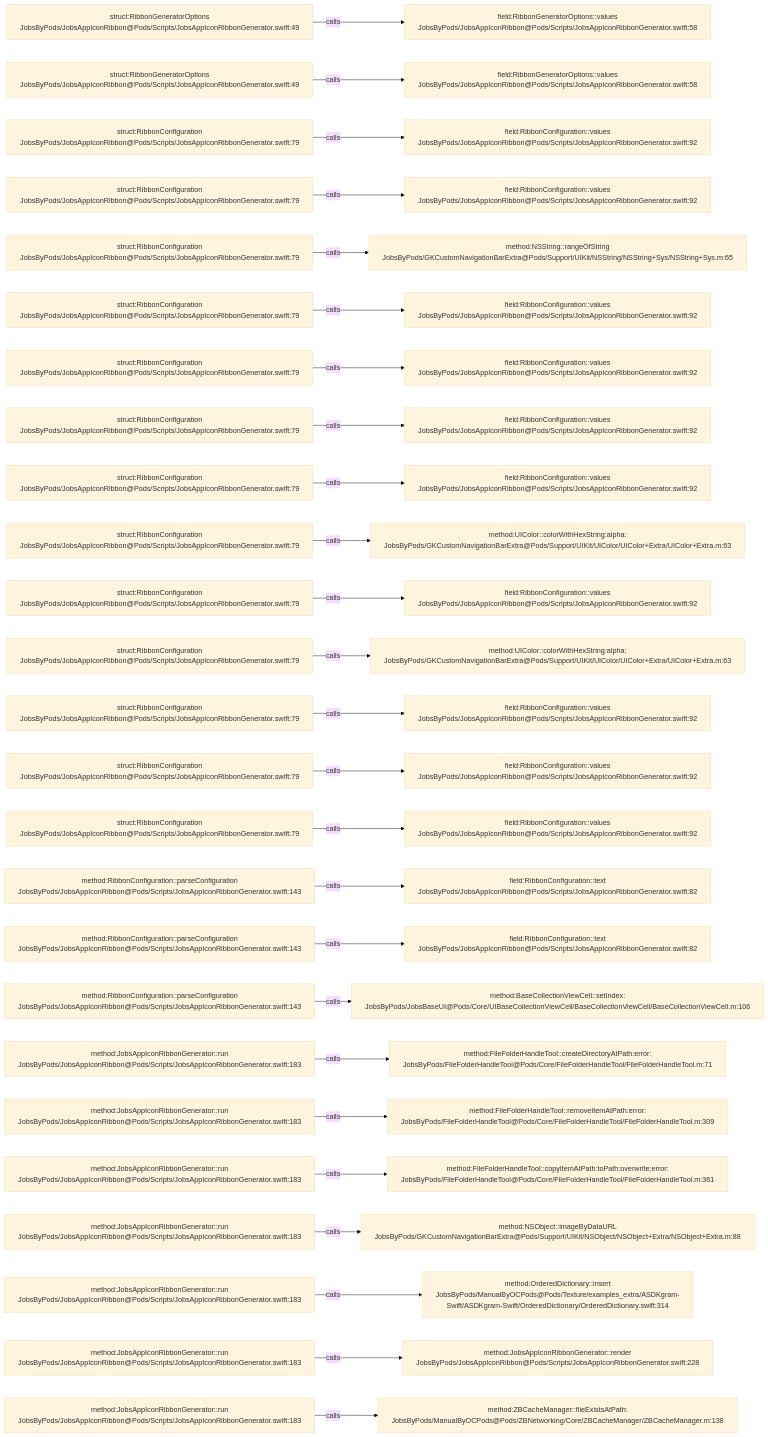
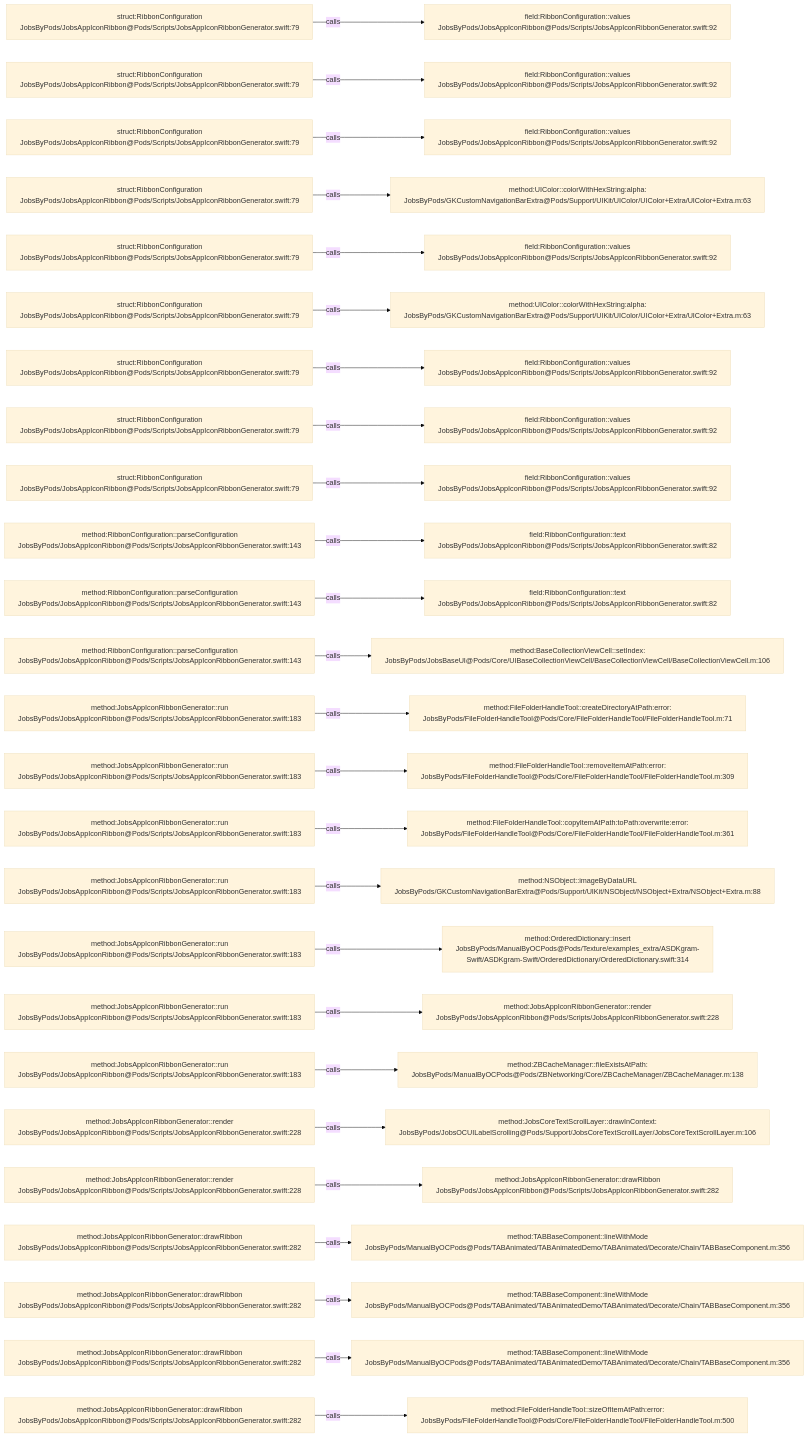
Before and after one commit to JobsKits/JobsOCBaseConfigDemo: the diagram in .codegraph/codegraph.md/graphs/calls-194.md, drawn with Mermaid (base theme). The commit also changed 116 other files, not shown here.

````diff
--- a/.codegraph/codegraph.md/graphs/calls-194.md
+++ b/.codegraph/codegraph.md/graphs/calls-194.md
@@ -13,78 +13,78 @@
 ```mermaid
 flowchart LR
-  S1["struct:RibbonGeneratorOptions<br/>JobsByPods/JobsAppIconRibbon@Pods/Scripts/JobsAppIconRibbonGenerator.swift:49"]
-  T1["field:RibbonGeneratorOptions::values<br/>JobsByPods/JobsAppIconRibbon@Pods/Scripts/JobsAppIconRibbonGenerator.swift:58"]
+  S1["struct:RibbonConfiguration<br/>JobsByPods/JobsAppIconRibbon@Pods/Scripts/JobsAppIconRibbonGenerator.swift:79"]
+  T1["field:RibbonConfiguration::values<br/>JobsByPods/JobsAppIconRibbon@Pods/Scripts/JobsAppIconRibbonGenerator.swift:92"]
   S1 -->|calls| T1
-  S2["struct:RibbonGeneratorOptions<br/>JobsByPods/JobsAppIconRibbon@Pods/Scripts/JobsAppIconRibbonGenerator.swift:49"]
-  T2["field:RibbonGeneratorOptions::values<br/>JobsByPods/JobsAppIconRibbon@Pods/Scripts/JobsAppIconRibbonGenerator.swift:58"]
+  S2["struct:RibbonConfiguration<br/>JobsByPods/JobsAppIconRibbon@Pods/Scripts/JobsAppIconRibbonGenerator.swift:79"]
+  T2["field:RibbonConfiguration::values<br/>JobsByPods/JobsAppIconRibbon@Pods/Scripts/JobsAppIconRibbonGenerator.swift:92"]
   S2 -->|calls| T2
   S3["struct:RibbonConfiguration<br/>JobsByPods/JobsAppIconRibbon@Pods/Scripts/JobsAppIconRibbonGenerator.swift:79"]
   T3["field:RibbonConfiguration::values<br/>JobsByPods/JobsAppIconRibbon@Pods/Scripts/JobsAppIconRibbonGenerator.swift:92"]
   S3 -->|calls| T3
   S4["struct:RibbonConfiguration<br/>JobsByPods/JobsAppIconRibbon@Pods/Scripts/JobsAppIconRibbonGenerator.swift:79"]
-  T4["field:RibbonConfiguration::values<br/>JobsByPods/JobsAppIconRibbon@Pods/Scripts/JobsAppIconRibbonGenerator.swift:92"]
+  T4["method:UIColor::colorWithHexString:alpha:<br/>JobsByPods/GKCustomNavigationBarExtra@Pods/Support/UIKit/UIColor/UIColor+Extra/UIColor+Extra.m:63"]
   S4 -->|calls| T4
   S5["struct:RibbonConfiguration<br/>JobsByPods/JobsAppIconRibbon@Pods/Scripts/JobsAppIconRibbonGenerator.swift:79"]
-  T5["method:NSString::rangeOfString<br/>JobsByPods/GKCustomNavigationBarExtra@Pods/Support/UIKit/NSString/NSString+Sys/NSString+Sys.m:65"]
+  T5["field:RibbonConfiguration::values<br/>JobsByPods/JobsAppIconRibbon@Pods/Scripts/JobsAppIconRibbonGenerator.swift:92"]
   S5 -->|calls| T5
   S6["struct:RibbonConfiguration<br/>JobsByPods/JobsAppIconRibbon@Pods/Scripts/JobsAppIconRibbonGenerator.swift:79"]
-  T6["field:RibbonConfiguration::values<br/>JobsByPods/JobsAppIconRibbon@Pods/Scripts/JobsAppIconRibbonGenerator.swift:92"]
+  T6["method:UIColor::colorWithHexString:alpha:<br/>JobsByPods/GKCustomNavigationBarExtra@Pods/Support/UIKit/UIColor/UIColor+Extra/UIColor+Extra.m:63"]
   S6 -->|calls| T6
   S7["struct:RibbonConfiguration<br/>JobsByPods/JobsAppIconRibbon@Pods/Scripts/JobsAppIconRibbonGenerator.swift:79"]
   T7["field:RibbonConfiguration::values<br/>JobsByPods/JobsAppIconRibbon@Pods/Scripts/JobsAppIconRibbonGenerator.swift:92"]
   S7 -->|calls| T7
   S8["struct:RibbonConfiguration<br/>JobsByPods/JobsAppIconRibbon@Pods/Scripts/JobsAppIconRibbonGenerator.swift:79"]
   T8["field:RibbonConfiguration::values<br/>JobsByPods/JobsAppIconRibbon@Pods/Scripts/JobsAppIconRibbonGenerator.swift:92"]
   S8 -->|calls| T8
   S9["struct:RibbonConfiguration<br/>JobsByPods/JobsAppIconRibbon@Pods/Scripts/JobsAppIconRibbonGenerator.swift:79"]
   T9["field:RibbonConfiguration::values<br/>JobsByPods/JobsAppIconRibbon@Pods/Scripts/JobsAppIconRibbonGenerator.swift:92"]
   S9 -->|calls| T9
-  S10["struct:RibbonConfiguration<br/>JobsByPods/JobsAppIconRibbon@Pods/Scripts/JobsAppIconRibbonGenerator.swift:79"]
-  T10["method:UIColor::colorWithHexString:alpha:<br/>JobsByPods/GKCustomNavigationBarExtra@Pods/Support/UIKit/UIColor/UIColor+Extra/UIColor+Extra.m:63"]
+  S10["method:RibbonConfiguration::parseConfiguration<br/>JobsByPods/JobsAppIconRibbon@Pods/Scripts/JobsAppIconRibbonGenerator.swift:143"]
+  T10["field:RibbonConfiguration::text<br/>JobsByPods/JobsAppIconRibbon@Pods/Scripts/JobsAppIconRibbonGenerator.swift:82"]
   S10 -->|calls| T10
-  S11["struct:RibbonConfiguration<br/>JobsByPods/JobsAppIconRibbon@Pods/Scripts/JobsAppIconRibbonGenerator.swift:79"]
-  T11["field:RibbonConfiguration::values<br/>JobsByPods/JobsAppIconRibbon@Pods/Scripts/JobsAppIconRibbonGenerator.swift:92"]
+  S11["method:RibbonConfiguration::parseConfiguration<br/>JobsByPods/JobsAppIconRibbon@Pods/Scripts/JobsAppIconRibbonGenerator.swift:143"]
+  T11["field:RibbonConfiguration::text<br/>JobsByPods/JobsAppIconRibbon@Pods/Scripts/JobsAppIconRibbonGenerator.swift:82"]
   S11 -->|calls| T11
-  S12["struct:RibbonConfiguration<br/>JobsByPods/JobsAppIconRibbon@Pods/Scripts/JobsAppIconRibbonGenerator.swift:79"]
-  T12["method:UIColor::colorWithHexString:alpha:<br/>JobsByPods/GKCustomNavigationBarExtra@Pods/Support/UIKit/UIColor/UIColor+Extra/UIColor+Extra.m:63"]
+  S12["method:RibbonConfiguration::parseConfiguration<br/>JobsByPods/JobsAppIconRibbon@Pods/Scripts/JobsAppIconRibbonGenerator.swift:143"]
+  T12["method:BaseCollectionViewCell::setIndex:<br/>JobsByPods/JobsBaseUI@Pods/Core/UIBaseCollectionViewCell/BaseCollectionViewCell/BaseCollectionViewCell.m:106"]
   S12 -->|calls| T12
-  S13["struct:RibbonConfiguration<br/>JobsByPods/JobsAppIconRibbon@Pods/Scripts/JobsAppIconRibbonGenerator.swift:79"]
-  T13["field:RibbonConfiguration::values<br/>JobsByPods/JobsAppIconRibbon@Pods/Scripts/JobsAppIconRibbonGenerator.swift:92"]
+  S13["method:JobsAppIconRibbonGenerator::run<br/>JobsByPods/JobsAppIconRibbon@Pods/Scripts/JobsAppIconRibbonGenerator.swift:183"]
+  T13["method:FileFolderHandleTool::createDirectoryAtPath:error:<br/>JobsByPods/FileFolderHandleTool@Pods/Core/FileFolderHandleTool/FileFolderHandleTool.m:71"]
   S13 -->|calls| T13
-  S14["struct:RibbonConfiguration<br/>JobsByPods/JobsAppIconRibbon@Pods/Scripts/JobsAppIconRibbonGenerator.swift:79"]
-  T14["field:RibbonConfiguration::values<br/>JobsByPods/JobsAppIconRibbon@Pods/Scripts/JobsAppIconRibbonGenerator.swift:92"]
+  S14["method:JobsAppIconRibbonGenerator::run<br/>JobsByPods/JobsAppIconRibbon@Pods/Scripts/JobsAppIconRibbonGenerator.swift:183"]
+  T14["method:FileFolderHandleTool::removeItemAtPath:error:<br/>JobsByPods/FileFolderHandleTool@Pods/Core/FileFolderHandleTool/FileFolderHandleTool.m:309"]
   S14 -->|calls| T14
-  S15["struct:RibbonConfiguration<br/>JobsByPods/JobsAppIconRibbon@Pods/Scripts/JobsAppIconRibbonGenerator.swift:79"]
-  T15["field:RibbonConfiguration::values<br/>JobsByPods/JobsAppIconRibbon@Pods/Scripts/JobsAppIconRibbonGenerator.swift:92"]
+  S15["method:JobsAppIconRibbonGenerator::run<br/>JobsByPods/JobsAppIconRibbon@Pods/Scripts/JobsAppIconRibbonGenerator.swift:183"]
+  T15["method:FileFolderHandleTool::copyItemAtPath:toPath:overwrite:error:<br/>JobsByPods/FileFolderHandleTool@Pods/Core/FileFolderHandleTool/FileFolderHandleTool.m:361"]
   S15 -->|calls| T15
-  S16["method:RibbonConfiguration::parseConfiguration<br/>JobsByPods/JobsAppIconRibbon@Pods/Scripts/JobsAppIconRibbonGenerator.swift:143"]
-  T16["field:RibbonConfiguration::text<br/>JobsByPods/JobsAppIconRibbon@Pods/Scripts/JobsAppIconRibbonGenerator.swift:82"]
+  S16["method:JobsAppIconRibbonGenerator::run<br/>JobsByPods/JobsAppIconRibbon@Pods/Scripts/JobsAppIconRibbonGenerator.swift:183"]
+  T16["method:NSObject::imageByDataURL<br/>JobsByPods/GKCustomNavigationBarExtra@Pods/Support/UIKit/NSObject/NSObject+Extra/NSObject+Extra.m:88"]
   S16 -->|calls| T16
-  S17["method:RibbonConfiguration::parseConfiguration<br/>JobsByPods/JobsAppIconRibbon@Pods/Scripts/JobsAppIconRibbonGenerator.swift:143"]
-  T17["field:RibbonConfiguration::text<br/>JobsByPods/JobsAppIconRibbon@Pods/Scripts/JobsAppIconRibbonGenerator.swift:82"]
+  S17["method:JobsAppIconRibbonGenerator::run<br/>JobsByPods/JobsAppIconRibbon@Pods/Scripts/JobsAppIconRibbonGenerator.swift:183"]
+  T17["method:OrderedDictionary::insert<br/>JobsByPods/ManualByOCPods@Pods/Texture/examples_extra/ASDKgram-Swift/ASDKgram-Swift/OrderedDictionary/OrderedDictionary.swift:314"]
   S17 -->|calls| T17
-  S18["method:RibbonConfiguration::parseConfiguration<br/>JobsByPods/JobsAppIconRibbon@Pods/Scripts/JobsAppIconRibbonGenerator.swift:143"]
-  T18["method:BaseCollectionViewCell::setIndex:<br/>JobsByPods/JobsBaseUI@Pods/Core/UIBaseCollectionViewCell/BaseCollectionViewCell/BaseCollectionViewCell.m:106"]
+  S18["method:JobsAppIconRibbonGenerator::run<br/>JobsByPods/JobsAppIconRibbon@Pods/Scripts/JobsAppIconRibbonGenerator.swift:183"]
+  T18["method:JobsAppIconRibbonGenerator::render<br/>JobsByPods/JobsAppIconRibbon@Pods/Scripts/JobsAppIconRibbonGenerator.swift:228"]
   S18 -->|calls| T18
   S19["method:JobsAppIconRibbonGenerator::run<br/>JobsByPods/JobsAppIconRibbon@Pods/Scripts/JobsAppIconRibbonGenerator.swift:183"]
-  T19["method:FileFolderHandleTool::createDirectoryAtPath:error:<br/>JobsByPods/FileFolderHandleTool@Pods/Core/FileFolderHandleTool/FileFolderHandleTool.m:71"]
+  T19["method:ZBCacheManager::fileExistsAtPath:<br/>JobsByPods/ManualByOCPods@Pods/ZBNetworking/Core/ZBCacheManager/ZBCacheManager.m:138"]
   S19 -->|calls| T19
-  S20["method:JobsAppIconRibbonGenerator::run<br/>JobsByPods/JobsAppIconRibbon@Pods/Scripts/JobsAppIconRibbonGenerator.swift:183"]
-  T20["method:FileFolderHandleTool::removeItemAtPath:error:<br/>JobsByPods/FileFolderHandleTool@Pods/Core/FileFolderHandleTool/FileFolderHandleTool.m:309"]
+  S20["method:JobsAppIconRibbonGenerator::render<br/>JobsByPods/JobsAppIconRibbon@Pods/Scripts/JobsAppIconRibbonGenerator.swift:228"]
+  T20["method:JobsCoreTextScrollLayer::drawInContext:<br/>JobsByPods/JobsOCUILabelScrolling@Pods/Support/JobsCoreTextScrollLayer/JobsCoreTextScrollLayer.m:106"]
   S20 -->|calls| T20
-  S21["method:JobsAppIconRibbonGenerator::run<br/>JobsByPods/JobsAppIconRibbon@Pods/Scripts/JobsAppIconRibbonGenerator.swift:183"]
-  T21["method:FileFolderHandleTool::copyItemAtPath:toPath:overwrite:error:<br/>JobsByPods/FileFolderHandleTool@Pods/Core/FileFolderHandleTool/FileFolderHandleTool.m:361"]
+  S21["method:JobsAppIconRibbonGenerator::render<br/>JobsByPods/JobsAppIconRibbon@Pods/Scripts/JobsAppIconRibbonGenerator.swift:228"]
+  T21["method:JobsAppIconRibbonGenerator::drawRibbon<br/>JobsByPods/JobsAppIconRibbon@Pods/Scripts/JobsAppIconRibbonGenerator.swift:282"]
   S21 -->|calls| T21
-  S22["method:JobsAppIconRibbonGenerator::run<br/>JobsByPods/JobsAppIconRibbon@Pods/Scripts/JobsAppIconRibbonGenerator.swift:183"]
-  T22["method:NSObject::imageByDataURL<br/>JobsByPods/GKCustomNavigationBarExtra@Pods/Support/UIKit/NSObject/NSObject+Extra/NSObject+Extra.m:88"]
+  S22["method:JobsAppIconRibbonGenerator::drawRibbon<br/>JobsByPods/JobsAppIconRibbon@Pods/Scripts/JobsAppIconRibbonGenerator.swift:282"]
+  T22["method:TABBaseComponent::lineWithMode<br/>JobsByPods/ManualByOCPods@Pods/TABAnimated/TABAnimatedDemo/TABAnimated/Decorate/Chain/TABBaseComponent.m:356"]
   S22 -->|calls| T22
-  S23["method:JobsAppIconRibbonGenerator::run<br/>JobsByPods/JobsAppIconRibbon@Pods/Scripts/JobsAppIconRibbonGenerator.swift:183"]
-  T23["method:OrderedDictionary::insert<br/>JobsByPods/ManualByOCPods@Pods/Texture/examples_extra/ASDKgram-Swift/ASDKgram-Swift/OrderedDictionary/OrderedDictionary.swift:314"]
+  S23["method:JobsAppIconRibbonGenerator::drawRibbon<br/>JobsByPods/JobsAppIconRibbon@Pods/Scripts/JobsAppIconRibbonGenerator.swift:282"]
+  T23["method:TABBaseComponent::lineWithMode<br/>JobsByPods/ManualByOCPods@Pods/TABAnimated/TABAnimatedDemo/TABAnimated/Decorate/Chain/TABBaseComponent.m:356"]
   S23 -->|calls| T23
-  S24["method:JobsAppIconRibbonGenerator::run<br/>JobsByPods/JobsAppIconRibbon@Pods/Scripts/JobsAppIconRibbonGenerator.swift:183"]
-  T24["method:JobsAppIconRibbonGenerator::render<br/>JobsByPods/JobsAppIconRibbon@Pods/Scripts/JobsAppIconRibbonGenerator.swift:228"]
+  S24["method:JobsAppIconRibbonGenerator::drawRibbon<br/>JobsByPods/JobsAppIconRibbon@Pods/Scripts/JobsAppIconRibbonGenerator.swift:282"]
+  T24["method:TABBaseComponent::lineWithMode<br/>JobsByPods/ManualByOCPods@Pods/TABAnimated/TABAnimatedDemo/TABAnimated/Decorate/Chain/TABBaseComponent.m:356"]
   S24 -->|calls| T24
-  S25["method:JobsAppIconRibbonGenerator::run<br/>JobsByPods/JobsAppIconRibbon@Pods/Scripts/JobsAppIconRibbonGenerator.swift:183"]
-  T25["method:ZBCacheManager::fileExistsAtPath:<br/>JobsByPods/ManualByOCPods@Pods/ZBNetworking/Core/ZBCacheManager/ZBCacheManager.m:138"]
+  S25["method:JobsAppIconRibbonGenerator::drawRibbon<br/>JobsByPods/JobsAppIconRibbon@Pods/Scripts/JobsAppIconRibbonGenerator.swift:282"]
+  T25["method:FileFolderHandleTool::sizeOfItemAtPath:error:<br/>JobsByPods/FileFolderHandleTool@Pods/Core/FileFolderHandleTool/FileFolderHandleTool.m:500"]
   S25 -->|calls| T25
 ```
````
